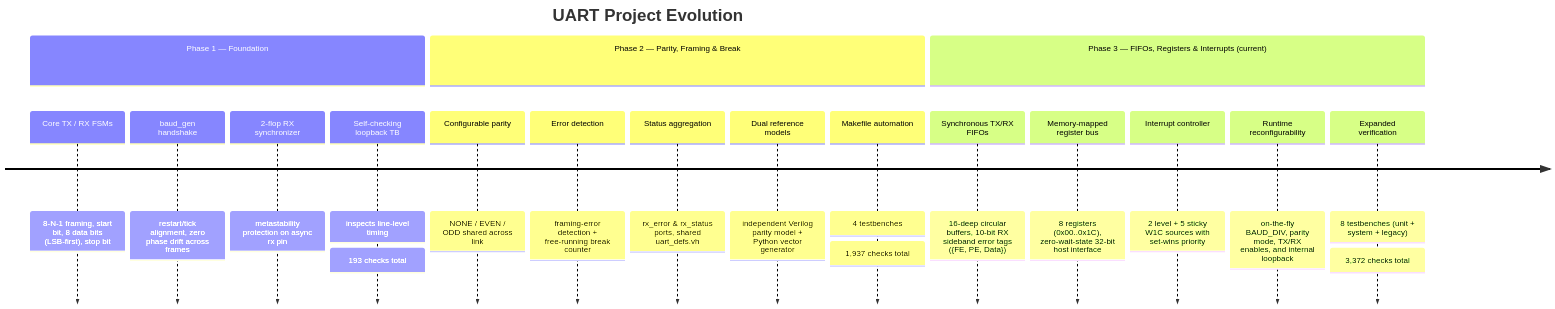
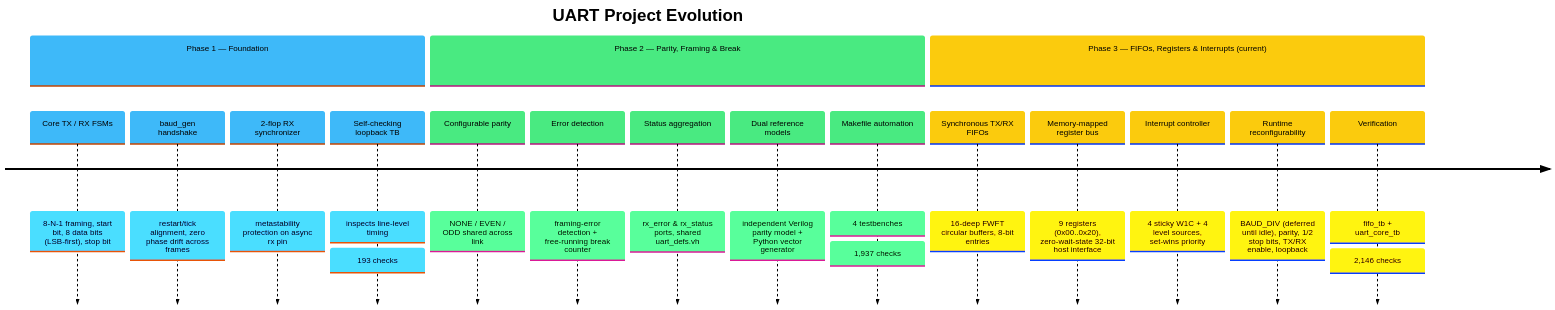
One commit to TharinduHimantha/8-bit-UART-Communication-System-in-Verilog-HDL changed the third of 3 diagrams in README.md. Above: the diagram before and after it, drawn with Mermaid. The commit also changed other lines of this file and 24 other files, not shown here.

````diff
--- a/README.md
+++ b/README.md
@@ -355,21 +366,48 @@
 ```mermaid
+%%{init: {
+  "theme": "base",
+  "themeVariables": {
+    "background": "#FFFFFF",
+    "primaryColor": "#BAE6FD",
+    "primaryTextColor": "#000000",
+    "primaryBorderColor": "#0284C7",
+    "lineColor": "#64748B",
+    "secondaryColor": "#BBF7D0",
+    "tertiaryColor": "#FDE68A",
+    "textColor": "#000000",
+    "titleColor": "#000000",
+    "sectionBkgColor": "#BFDBFE",
+    "altSectionBkgColor": "#DDD6FE",
+    "taskBkgColor": "#E0F2FE",
+    "taskTextColor": "#000000",
+    "taskBorderColor": "#0284C7",
+    "activeTaskBkgColor": "#86EFAC",
+    "activeTaskBorderColor": "#15803D",
+    "fontFamily": "Arial, sans-serif"
+  }
+}}%%
+
 timeline
     title UART Project Evolution
+
     section Phase 1 — Foundation
         Core TX / RX FSMs : 8-N-1 framing, start bit, 8 data bits (LSB-first), stop bit
         baud_gen handshake : restart/tick alignment, zero phase drift across frames
         2-flop RX synchronizer : metastability protection on async rx pin
-        Self-checking loopback TB : inspects line-level timing : 193 checks total
+        Self-checking loopback TB : inspects line-level timing : 193 checks
+
     section Phase 2 — Parity, Framing & Break
         Configurable parity : NONE / EVEN / ODD shared across link
         Error detection : framing-error detection + free-running break counter
         Status aggregation : rx_error & rx_status ports, shared uart_defs.vh
         Dual reference models : independent Verilog parity model + Python vector generator
-        Makefile automation : 4 testbenches : 1,937 checks total
+        Makefile automation : 4 testbenches : 1,937 checks
+
     section Phase 3 — FIFOs, Registers & Interrupts (current)
-        Synchronous TX/RX FIFOs : 16-deep circular buffers, 10-bit RX sideband error tags ({FE, PE, Data})
-        Memory-mapped register bus : 8 registers (0x00..0x1C), zero-wait-state 32-bit host interface
-        Interrupt controller : 2 level + 5 sticky W1C sources with set-wins priority
-        Runtime reconfigurability : on-the-fly BAUD_DIV, parity mode, TX/RX enables, and internal loopback
-        Expanded verification : 8 testbenches (unit + system + legacy) : 3,372 checks total
+        Synchronous TX/RX FIFOs : 16-deep FWFT circular buffers, 8-bit entries
+        Memory-mapped register bus : 9 registers (0x00..0x20), zero-wait-state 32-bit host interface
+        Interrupt controller : 4 sticky W1C + 4 level sources, set-wins priority
+        Runtime reconfigurability : BAUD_DIV (deferred until idle), parity, 1/2 stop bits, TX/RX enable, loopback
+        Verification : fifo_tb + uart_core_tb : 2,146 checks
+
 ```
````
